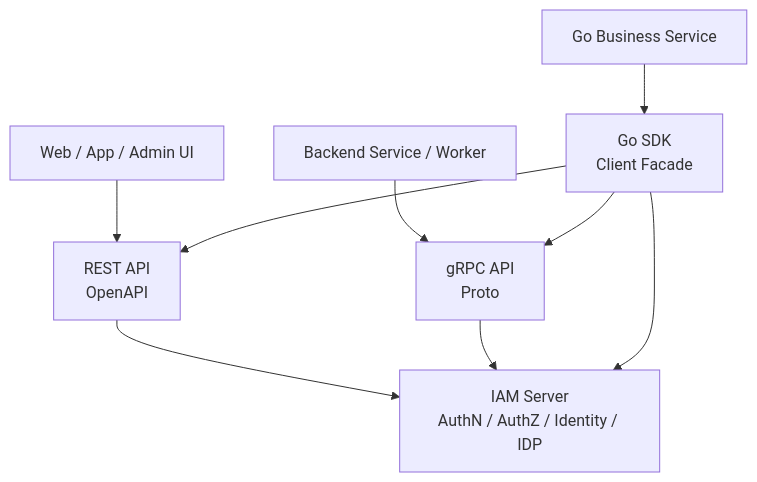
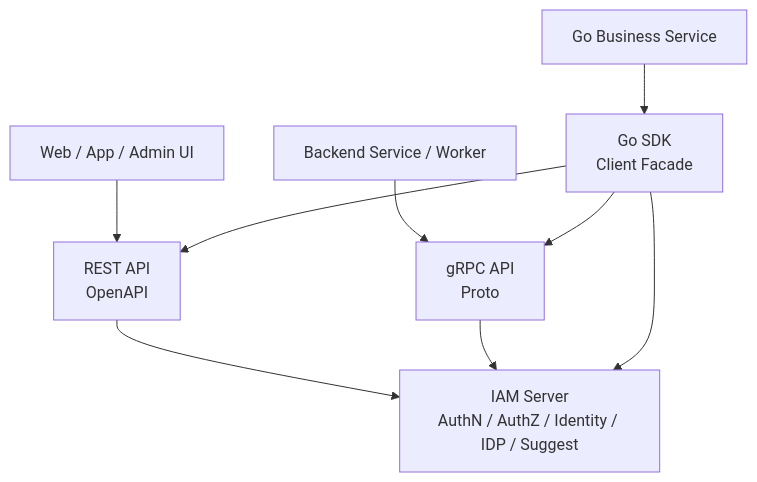
Before and after one commit to FangcunMount/iam: the first of 5 diagrams in docs/07-宣讲/09-REST-gRPC-SDK接入讲法.md, drawn with Mermaid. The commit also changed other lines of this file and 16 other files, not shown here.

````diff
--- a/docs/07-宣讲/09-REST-gRPC-SDK接入讲法.md
+++ b/docs/07-宣讲/09-REST-gRPC-SDK接入讲法.md
@@ -190,19 +203,19 @@
 ```mermaid
 flowchart TD
     Web["Web / App / Admin UI"]
     Backend["Backend Service / Worker"]
     GoService["Go Business Service"]
 
     REST["REST API<br/>OpenAPI"]
     GRPC["gRPC API<br/>Proto"]
     SDK["Go SDK<br/>Client Facade"]
 
-    IAM["IAM Server<br/>AuthN / AuthZ / Identity / IDP"]
+    IAM["IAM Server<br/>AuthN / AuthZ / Identity / IDP / Suggest"]
 
     Web --> REST --> IAM
     Backend --> GRPC --> IAM
     GoService --> SDK
     SDK --> REST
     SDK --> GRPC
     SDK --> IAM
 ```
````
